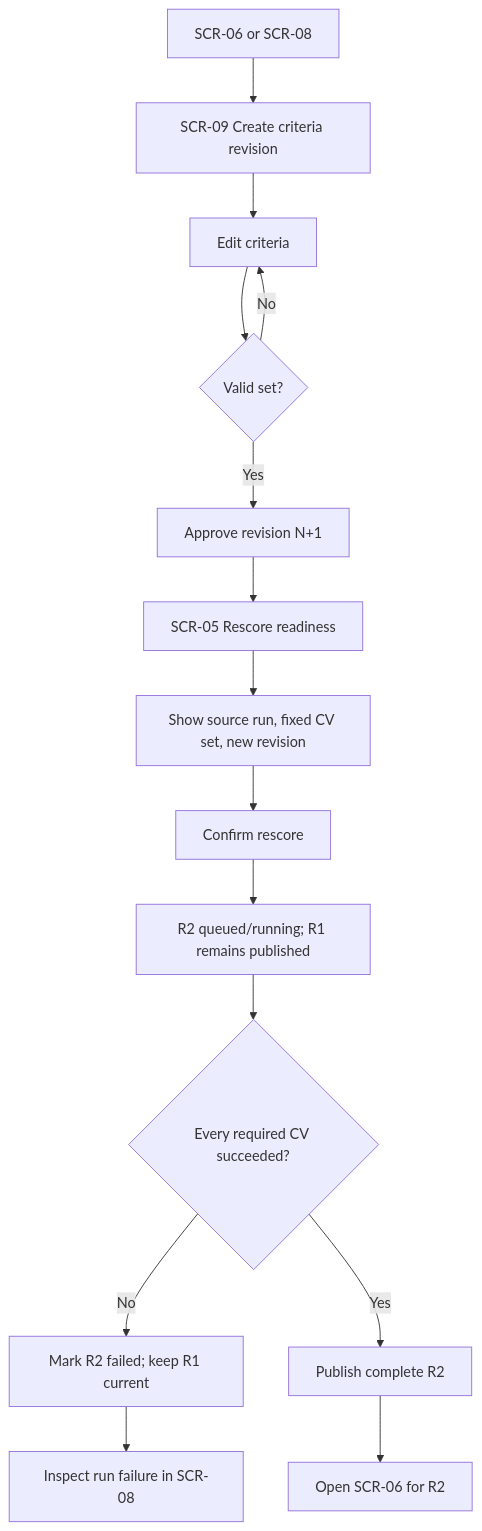
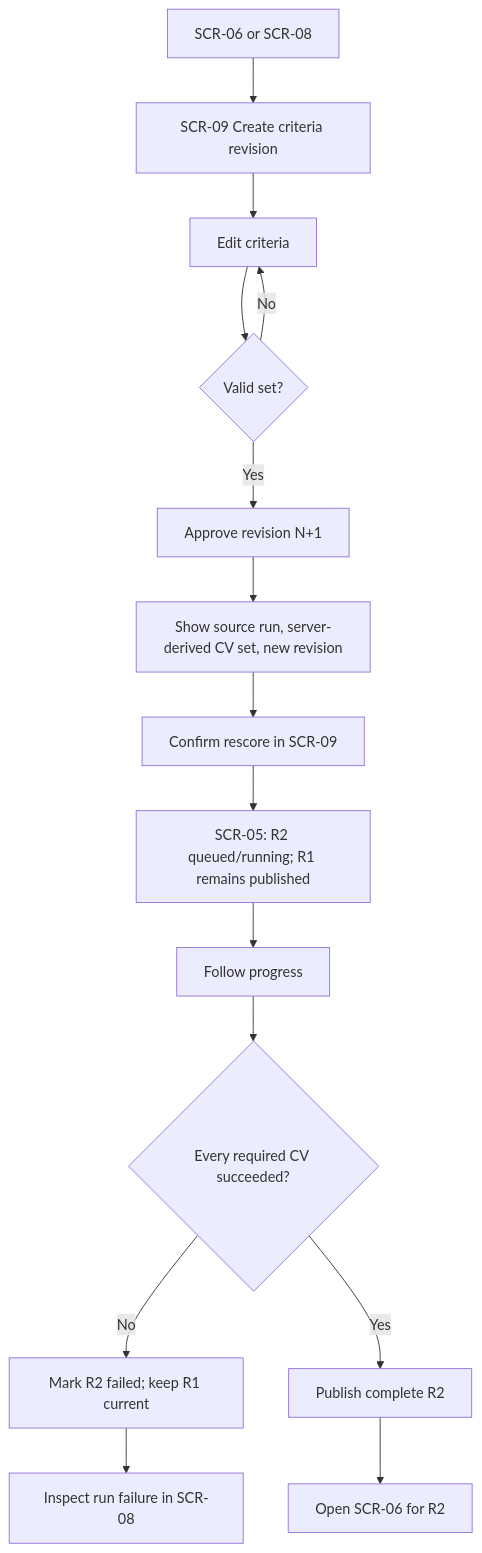
The fifth of 6 diagrams in docs/ui-ux/user-flows.md (linkoc119/recruitment-assistant), drawn with Mermaid before and after one commit. The commit also changed other lines of this file and 68 other files, not shown here.

````diff
--- a/docs/ui-ux/user-flows.md
+++ b/docs/ui-ux/user-flows.md
@@ -122,17 +122,17 @@
 ```mermaid
 flowchart TD
     A[SCR-06 or SCR-08] --> B[SCR-09 Create criteria revision]
     B --> C[Edit criteria]
     C --> D{Valid set?}
     D -- No --> C
     D -- Yes --> E[Approve revision N+1]
-    E --> F[SCR-05 Rescore readiness]
-    F --> G[Show source run, fixed CV set, new revision]
-    G --> H[Confirm rescore]
-    H --> I[R2 queued/running; R1 remains published]
+    E --> F[Show source run, server-derived CV set, new revision]
+    F --> G[Confirm rescore in SCR-09]
+    G --> H[SCR-05: R2 queued/running; R1 remains published]
+    H --> I[Follow progress]
     I --> J{Every required CV succeeded?}
     J -- No --> K[Mark R2 failed; keep R1 current]
     J -- Yes --> L[Publish complete R2]
     L --> M[Open SCR-06 for R2]
     K --> N[Inspect run failure in SCR-08]
 ```
````
